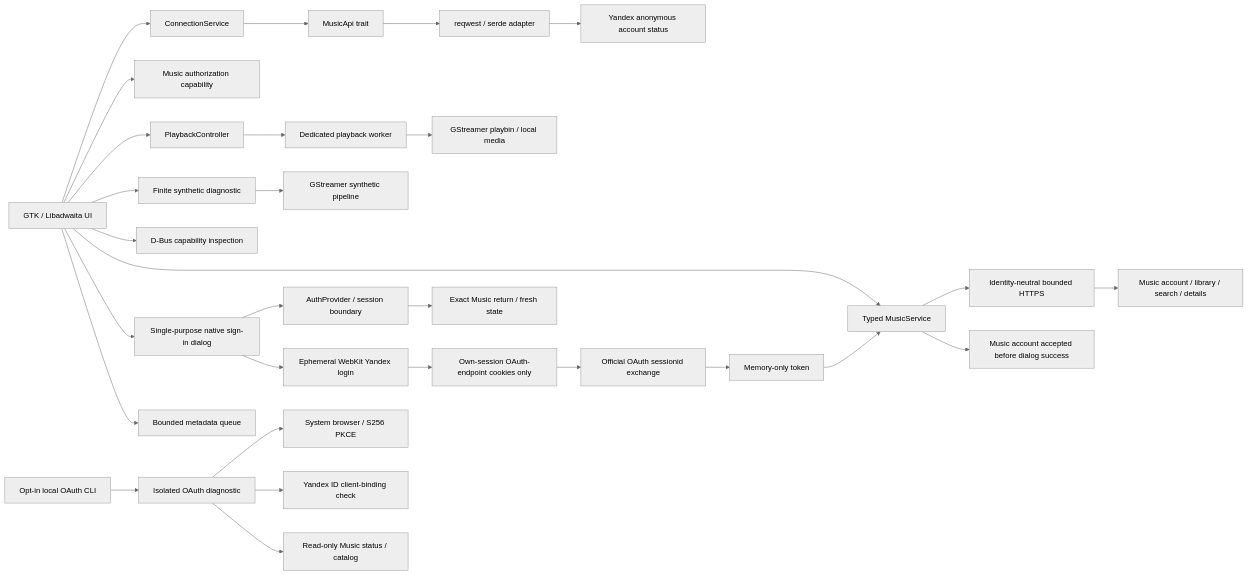
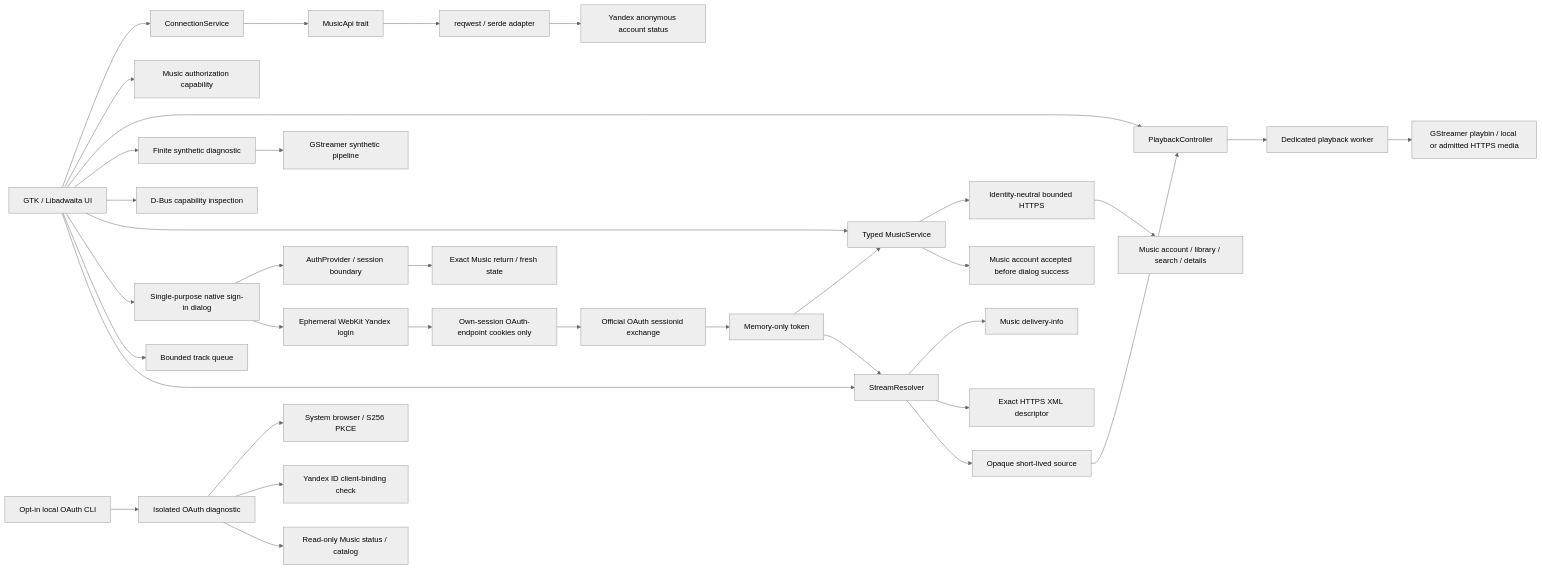
One commit to tracerxbrhd/karin changed the diagram in docs/ARCHITECTURE.md. Above: the diagram before and after it, drawn with Mermaid (neutral theme). The commit also changed other lines of this file and 24 other files, not shown here.

Commit message:
Connect guarded legacy MP3 resolution to the GStreamer player

````diff
--- a/docs/ARCHITECTURE.md
+++ b/docs/ARCHITECTURE.md
@@ -8,31 +8,37 @@
 ```mermaid
 flowchart LR
   UI[GTK / Libadwaita UI] --> Service[ConnectionService]
   Service --> Boundary[MusicApi trait]
   Boundary --> API[reqwest / serde adapter]
   API --> Remote[Yandex anonymous account status]
   UI --> Capability[Music authorization capability]
   UI --> Player[PlaybackController]
   Player --> Worker[Dedicated playback worker]
-  Worker --> Playbin[GStreamer playbin / local media]
+  Worker --> Playbin[GStreamer playbin / local or admitted HTTPS media]
   UI --> Audio[Finite synthetic diagnostic]
   Audio --> GST[GStreamer synthetic pipeline]
   UI --> Platform[D-Bus capability inspection]
   UI --> MusicService[Typed MusicService]
   MusicService --> MusicHTTP[Identity-neutral bounded HTTPS]
   MusicHTTP --> MusicREST[Music account / library / search / details]
   UI --> Login[Single-purpose native sign-in dialog]
   Login --> Auth[AuthProvider / session boundary]
   Login --> WebKit[Ephemeral WebKit Yandex login]
   Auth --> Return[Exact Music return / fresh state]
   WebKit --> Cookies[Own-session OAuth-endpoint cookies only]
   Cookies --> Grant[Official OAuth sessionid exchange]
   Grant --> Session[Memory-only token]
   Session --> MusicService
   MusicService --> Validation[Music account accepted before dialog success]
-  UI --> Queue[Bounded metadata queue]
+  UI --> Queue[Bounded track queue]
+  UI --> Resolver[StreamResolver]
+  Session --> Resolver
+  Resolver --> Offers[Music delivery-info]
+  Resolver --> Descriptor[Exact HTTPS XML descriptor]
+  Resolver --> Source[Opaque short-lived source]
+  Source --> Player
   CLI[Opt-in local OAuth CLI] --> OAuth[Isolated OAuth diagnostic]
   OAuth --> Browser[System browser / S256 PKCE]
   OAuth --> ID[Yandex ID client-binding check]
   OAuth --> Music[Read-only Music status / catalog]
 ```
````
